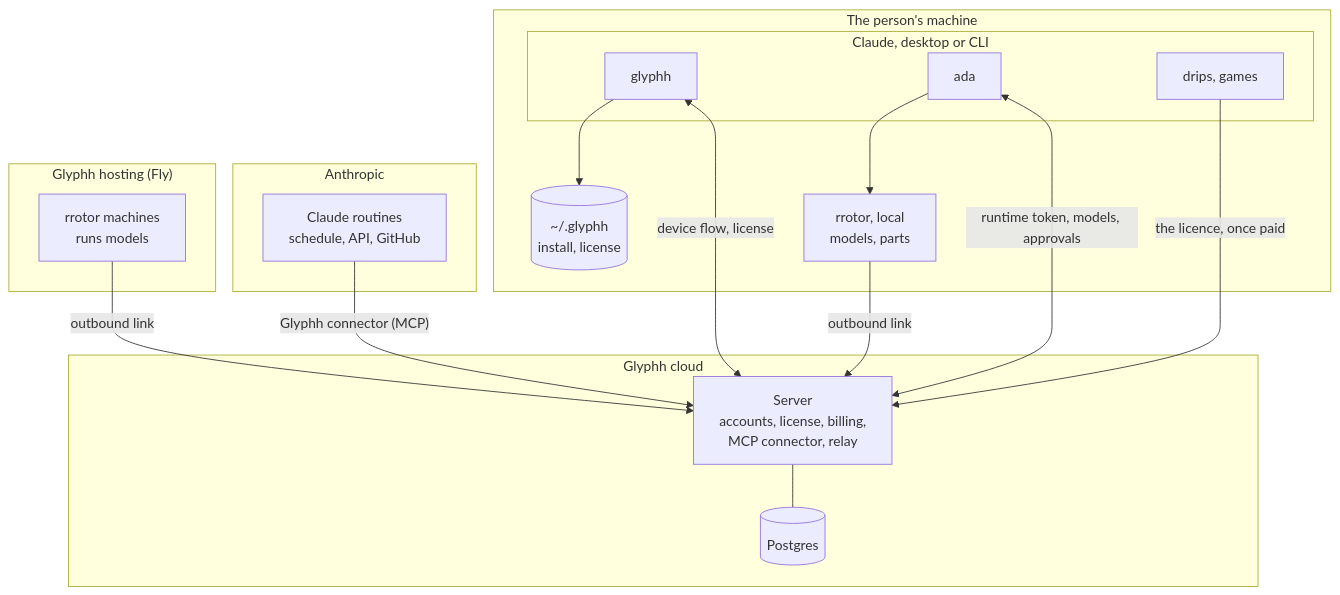
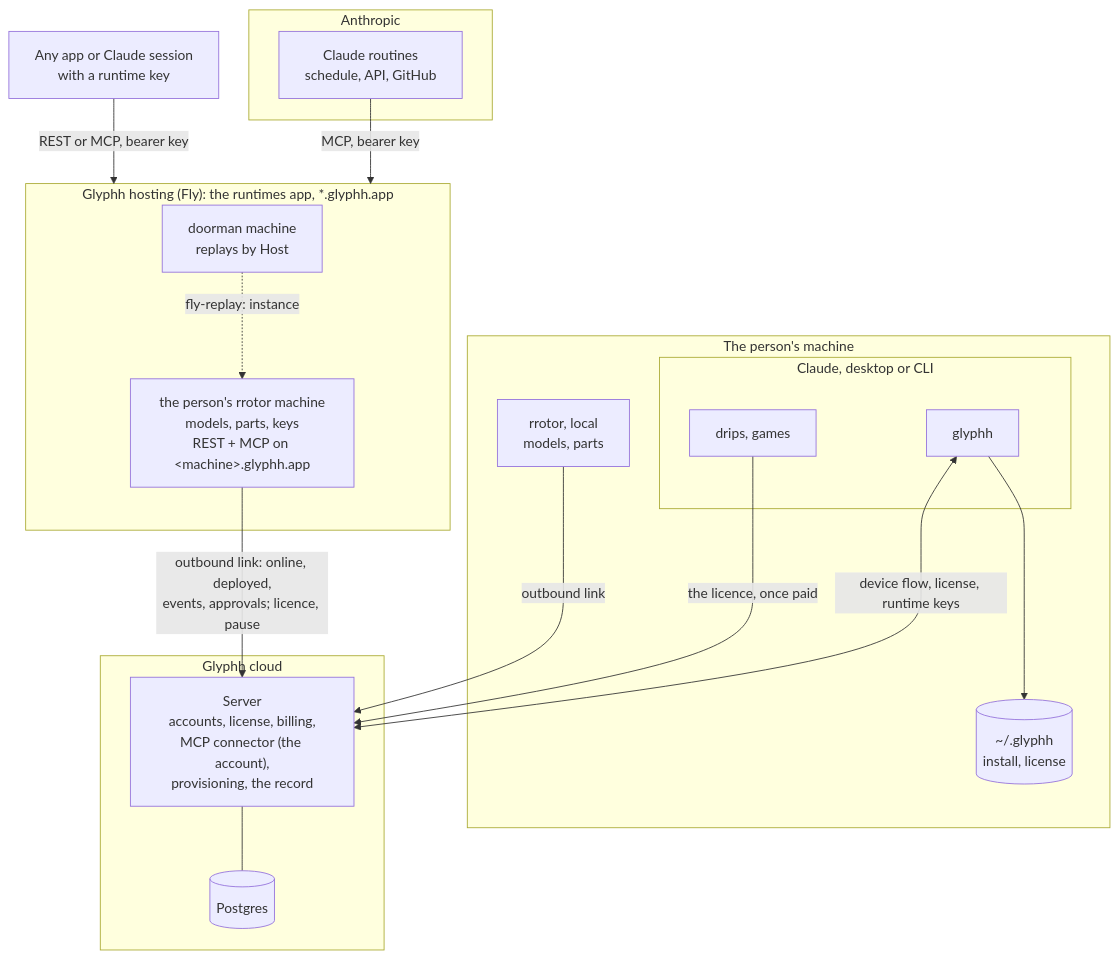
The first of 3 diagrams in docs/architecture.md (glyphh-ai/server), drawn with Mermaid before and after one commit. The commit also changed other lines of this file and 3 other files, not shown here.

First line of the commit message:
Architecture: runtimes reached directly at <machine>.glyphh.app (designed)

````diff
--- a/docs/architecture.md
+++ b/docs/architecture.md
@@ -26,35 +26,37 @@
 ```mermaid
 flowchart TB
     subgraph Machine["The person's machine"]
         subgraph Claude["Claude, desktop or CLI"]
             Base["glyphh"]
-            Ada["ada"]
             Fun["drips, games"]
         end
         LocalRotor["rrotor, local<br/>models, parts"]
         Local[("~/.glyphh<br/>install, license")]
-        Ada --> LocalRotor
         Base --> Local
     end
 
     subgraph Anthropic["Anthropic"]
         Routine["Claude routines<br/>schedule, API, GitHub"]
     end
 
+    Apps["Any app or Claude session<br/>with a runtime key"]
+
     subgraph Cloud["Glyphh cloud"]
-        API["Server<br/>accounts, license, billing,<br/>MCP connector, relay"]
+        API["Server<br/>accounts, license, billing,<br/>MCP connector (the account),<br/>provisioning, the record"]
         DB[("Postgres")]
         API --- DB
     end
 
-    subgraph Fly["Glyphh hosting (Fly)"]
-        Rotor["rrotor machines<br/>runs models"]
+    subgraph Fly["Glyphh hosting (Fly): the runtimes app, *.glyphh.app"]
+        Door["doorman machine<br/>replays by Host"]
+        Rotor["the person's rrotor machine<br/>models, parts, keys<br/>REST + MCP on &lt;machine&gt;.glyphh.app"]
+        Door -. "fly-replay: instance" .-> Rotor
     end
 
-    Base <-- "device flow, license" --> API
-    Ada <-- "runtime token, models, approvals" --> API
+    Base <-- "device flow, license, runtime keys" --> API
     Fun -- "the licence, once paid" --> API
-    Routine -- "Glyphh connector (MCP)" --> API
-    Rotor -- "outbound link" --> API
+    Routine -- "MCP, bearer key" --> Fly
+    Apps -- "REST or MCP, bearer key" --> Fly
+    Rotor -- "outbound link: online, deployed,<br/>events, approvals; licence, pause" --> API
     LocalRotor -- "outbound link" --> API
 ```
````
